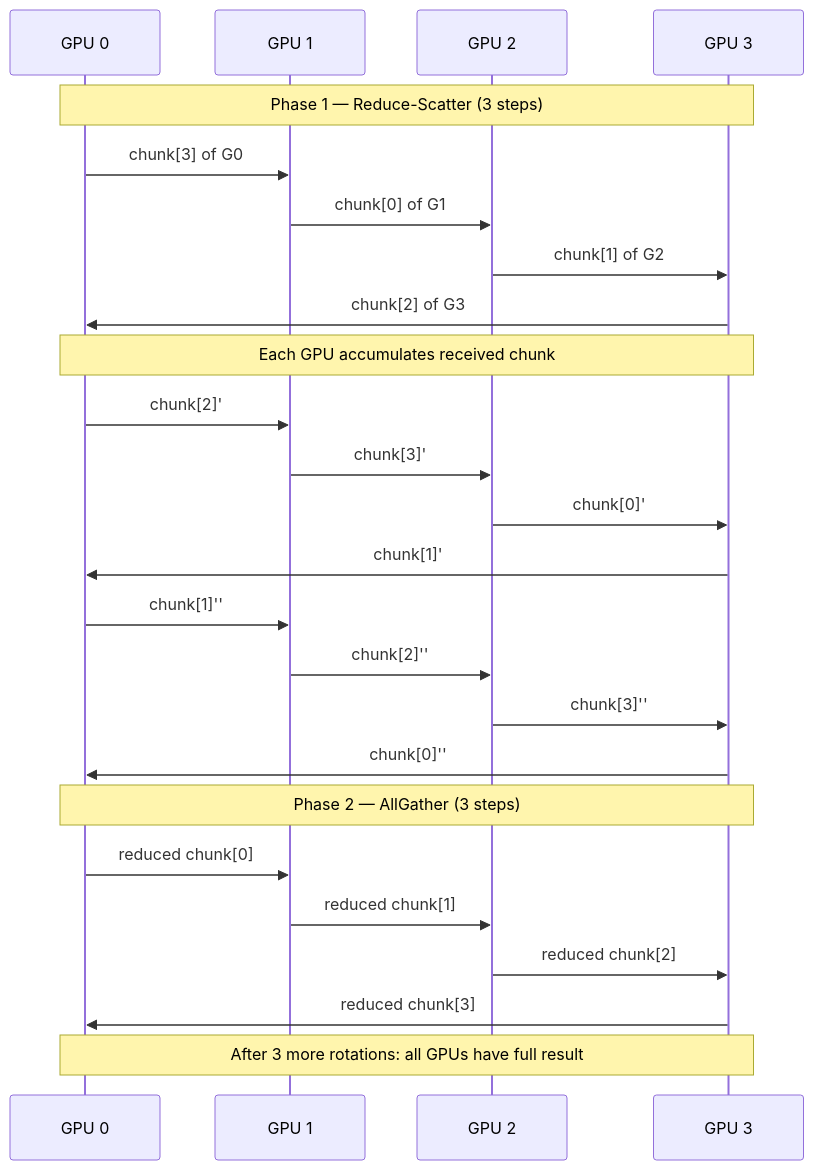
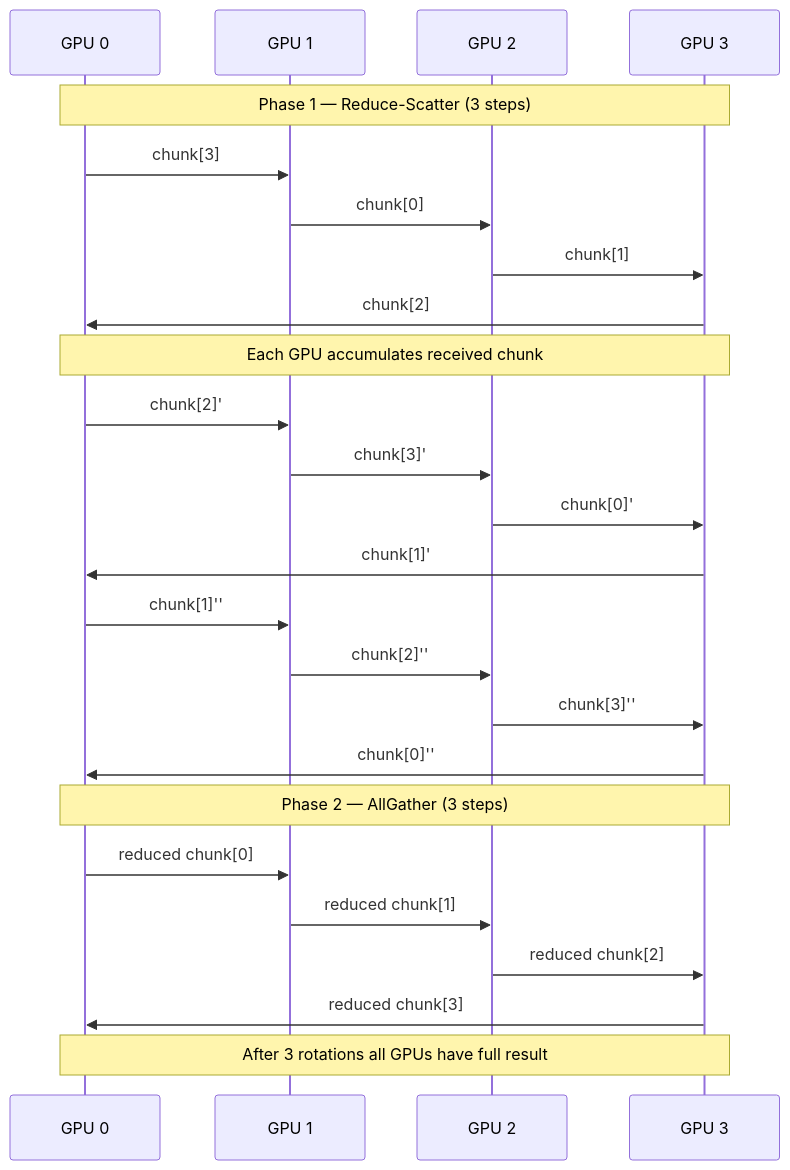
The second of 3 diagrams in Part-07-CUDA-Advanced/58_Multi_GPU.md (dkkh87/CPP-CUDA-Mastery), drawn with Mermaid before and after one commit. The commit also changed other lines of this file, not shown here.

````diff
--- a/Part-07-CUDA-Advanced/58_Multi_GPU.md
+++ b/Part-07-CUDA-Advanced/58_Multi_GPU.md
@@ -489,35 +477,27 @@
 ```mermaid
 sequenceDiagram
     participant G0 as GPU 0
     participant G1 as GPU 1
     participant G2 as GPU 2
     participant G3 as GPU 3
-
     Note over G0,G3: Phase 1 — Reduce-Scatter (3 steps)
-
-    G0->>G1: chunk[3] of G0
-    G1->>G2: chunk[0] of G1
-    G2->>G3: chunk[1] of G2
-    G3->>G0: chunk[2] of G3
-
+    G0->>G1: chunk[3]
+    G1->>G2: chunk[0]
+    G2->>G3: chunk[1]
+    G3->>G0: chunk[2]
     Note over G0,G3: Each GPU accumulates received chunk
-
     G0->>G1: chunk[2]'
     G1->>G2: chunk[3]'
     G2->>G3: chunk[0]'
     G3->>G0: chunk[1]'
-
     G0->>G1: chunk[1]''
     G1->>G2: chunk[2]''
     G2->>G3: chunk[3]''
     G3->>G0: chunk[0]''
-
     Note over G0,G3: Phase 2 — AllGather (3 steps)
-
     G0->>G1: reduced chunk[0]
     G1->>G2: reduced chunk[1]
     G2->>G3: reduced chunk[2]
     G3->>G0: reduced chunk[3]
-
-    Note over G0,G3: After 3 more rotations: all GPUs have full result
+    Note over G0,G3: After 3 rotations all GPUs have full result
 ```
````
